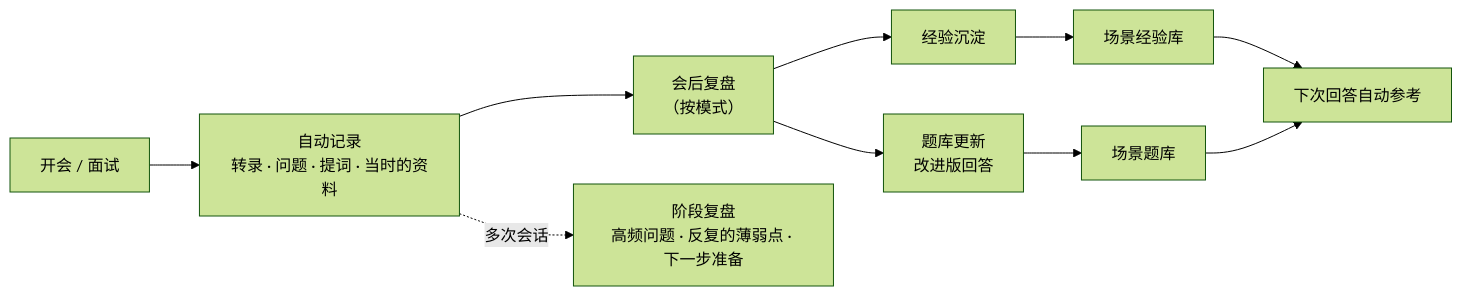
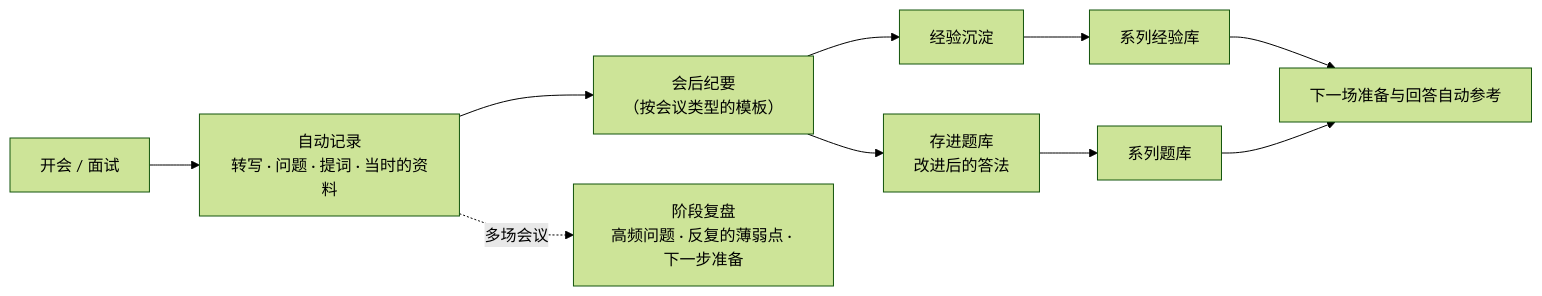
Before and after one commit to OmnixSI/NextThought: the diagram in README.md, drawn with Mermaid (forest theme). The commit also changed other lines of this file and 1 other file, not shown here.

First line of the commit message:
README：按 v2.0 界面重写，截图统一用浅色

````diff
--- a/README.md
+++ b/README.md
@@ -164,10 +188,10 @@
 ```mermaid
 flowchart LR
-    A["开会 / 面试"] --> B["自动记录<br/>转录 · 问题 · 提词 · 当时的资料"]
-    B --> C["会后复盘<br/>（按模式）"]
-    C --> D["经验沉淀"] --> E["场景经验库"]
-    C --> F["题库更新<br/>改进版回答"] --> G["场景题库"]
-    E --> H["下次回答自动参考"]
+    A["开会 / 面试"] --> B["自动记录<br/>转写 · 问题 · 提词 · 当时的资料"]
+    B --> C["会后纪要<br/>（按会议类型的模板）"]
+    C --> D["经验沉淀"] --> E["系列经验库"]
+    C --> F["存进题库<br/>改进后的答法"] --> G["系列题库"]
+    E --> H["下一场准备与回答自动参考"]
     G --> H
-    B -. 多次会话 .-> I["阶段复盘<br/>高频问题 · 反复的薄弱点 · 下一步准备"]
+    B -. 多场会议 .-> I["阶段复盘<br/>高频问题 · 反复的薄弱点 · 下一步准备"]
 ```
````
